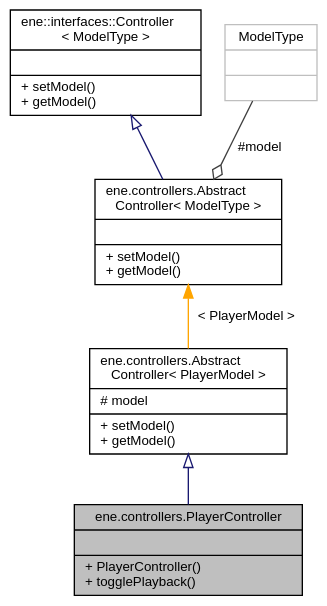
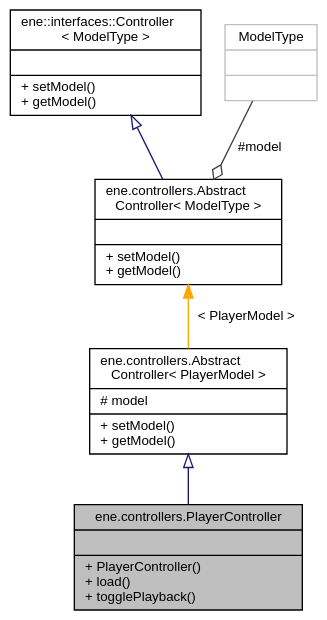
Before and after one commit to vivi90/ene: the diagram in docs/classene_1_1controllers_1_1PlayerController__coll__graph.dot, drawn with Graphviz. The commit also changed 205 other files, not shown here.

```diff
--- a/docs/classene_1_1controllers_1_1PlayerController__coll__graph.dot
+++ b/docs/classene_1_1controllers_1_1PlayerController__coll__graph.dot
@@ -1,15 +1,15 @@
 digraph "ene.controllers.PlayerController"
 {
   bgcolor="transparent";
   edge [fontname="Helvetica",fontsize="10",labelfontname="Helvetica",labelfontsize="10"];
   node [fontname="Helvetica",fontsize="10",shape=record];
-  Node4 [label="{ene.controllers.PlayerController\n||+ PlayerController()\l+ togglePlayback()\l}",height=0.2,width=0.4,color="black", fillcolor="grey75", style="filled", fontcolor="black"];
+  Node4 [label="{ene.controllers.PlayerController\n||+ PlayerController()\l+ load()\l+ togglePlayback()\l}",height=0.2,width=0.4,color="black", fillcolor="grey75", style="filled", fontcolor="black"];
   Node5 -> Node4 [dir="back",color="midnightblue",fontsize="10",style="solid",arrowtail="onormal",fontname="Helvetica"];
   Node5 [label="{ene.controllers.Abstract\lController\< PlayerModel \>\n|# model\l|+ setModel()\l+ getModel()\l}",height=0.2,width=0.4,color="black",URL="$classene_1_1controllers_1_1AbstractController.html"];
   Node6 -> Node5 [dir="back",color="orange",fontsize="10",style="solid",label=" \< PlayerModel \>" ,fontname="Helvetica"];
   Node6 [label="{ene.controllers.Abstract\lController\< ModelType \>\n||+ setModel()\l+ getModel()\l}",height=0.2,width=0.4,color="black",URL="$classene_1_1controllers_1_1AbstractController.html"];
   Node7 -> Node6 [dir="back",color="midnightblue",fontsize="10",style="solid",arrowtail="onormal",fontname="Helvetica"];
   Node7 [label="{ene::interfaces::Controller\l\< ModelType \>\n||+ setModel()\l+ getModel()\l}",height=0.2,width=0.4,color="black",URL="$interfaceene_1_1interfaces_1_1Controller.html"];
   Node8 -> Node6 [color="grey25",fontsize="10",style="solid",label=" #model" ,arrowhead="odiamond",fontname="Helvetica"];
   Node8 [label="{ModelType\n||}",height=0.2,width=0.4,color="grey75"];
 }
```
